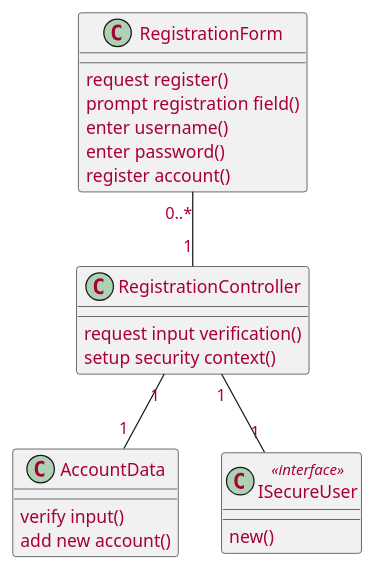
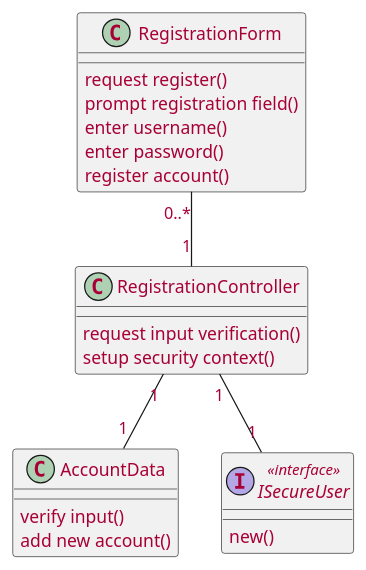
The fourth of 8 diagrams in source/solution/use-case-design.rst (McSinyx/ipppi), drawn with PlantUML before and after one commit. The commit also changed other lines of this file, not shown here.

```diff
--- a/source/solution/use-case-design.rst
+++ b/source/solution/use-case-design.rst
@@ -114,29 +114,29 @@
 .. uml::
 
    skinparam defaultFontColor #a80036
 
    class RegistrationForm {
       request register()
       prompt registration field()
       enter username()
       enter password()
       register account()
    }
 
    class RegistrationController {
       request input verification()
       setup security context()
    }
 
    class AccountData {
       verify input()
       add new account()
    }
    
-   class ISecureUser <<interface>> {
+   interface ISecureUser <<interface>> {
       new()
    }   
 
    RegistrationForm "0..*" -- "1" RegistrationController
    RegistrationController "1" -- "1" AccountData
    RegistrationController "1" -- "1" ISecureUser
```
